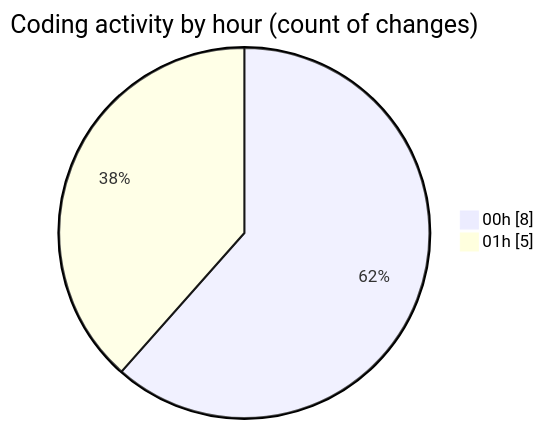
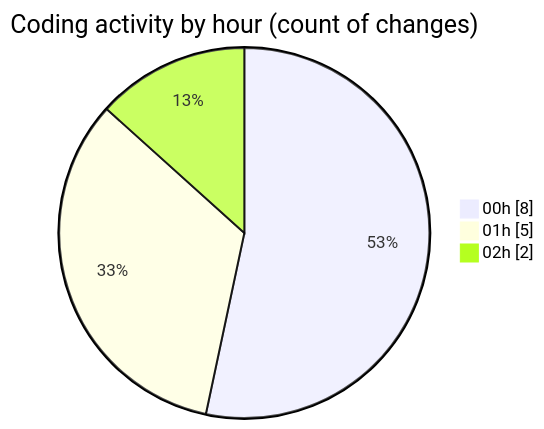
The second of 2 diagrams in 2025-07-24/fish/README.md (EIIisD/code-tracking), drawn with Mermaid before and after one commit. The commit also changed other lines of this file and 1 other file, not shown here.

````diff
--- a/2025-07-24/fish/README.md
+++ b/2025-07-24/fish/README.md
@@ -34,6 +34,7 @@
 ```mermaid
 pie showData
 title Coding activity by hour (count of changes)
 "00h" : 8
 "01h" : 5
+"02h" : 2
 ```
````
